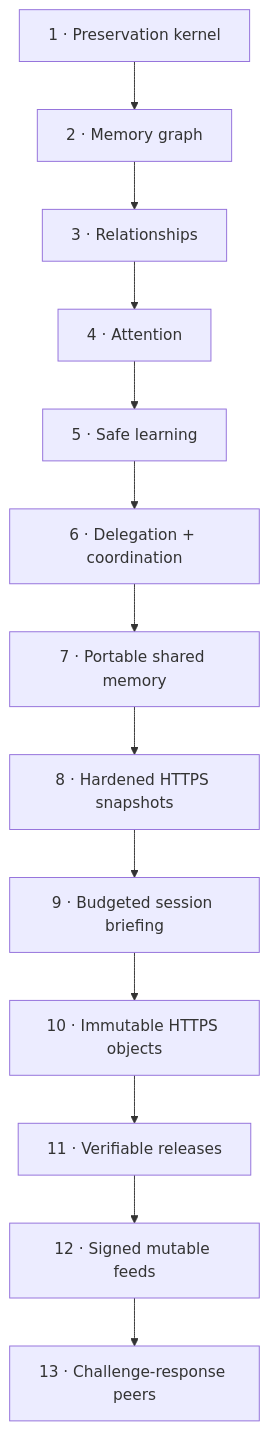
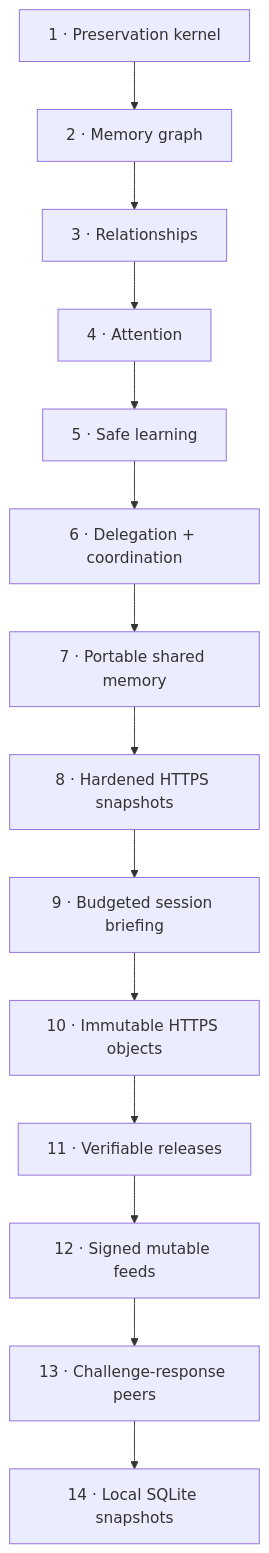
The diagram in docs/roadmap.md (Maykbiletti/AgentSpine), drawn with Mermaid before and after one commit. The commit also changed other lines of this file and 14 other files, not shown here.

````diff
--- a/docs/roadmap.md
+++ b/docs/roadmap.md
@@ -5,15 +5,16 @@
 ```mermaid
 flowchart TB
     A["1 · Preservation kernel"] --> B["2 · Memory graph"]
     B --> C["3 · Relationships"]
     C --> D["4 · Attention"]
     D --> E["5 · Safe learning"]
     E --> F["6 · Delegation + coordination"]
     F --> G["7 · Portable shared memory"]
     G --> H["8 · Hardened HTTPS snapshots"]
     H --> I["9 · Budgeted session briefing"]
     I --> J["10 · Immutable HTTPS objects"]
     J --> K["11 · Verifiable releases"]
     K --> L["12 · Signed mutable feeds"]
     L --> M["13 · Challenge-response peers"]
+    M --> N["14 · Local SQLite snapshots"]
 ```
````
